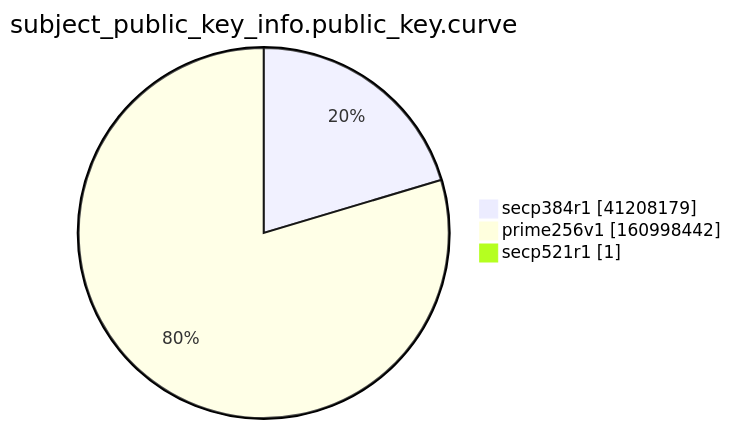
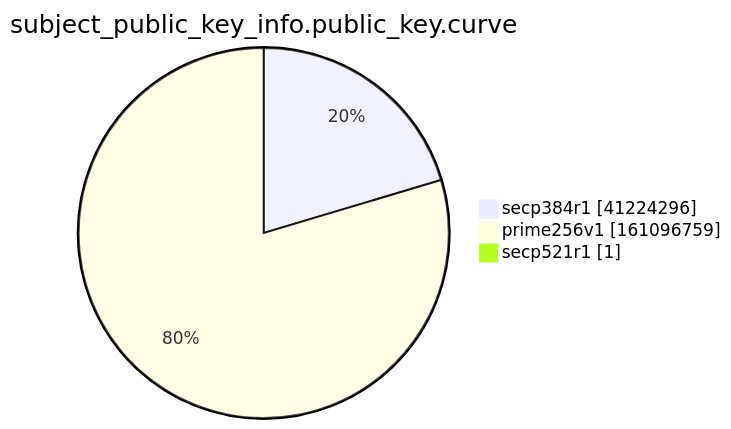
One commit to christiankrug/ctmonitor_visualization changed the ninth of 15 diagrams in xenon2022/README.md. Above: the diagram before and after it, drawn with Mermaid. The commit also changed other lines of this file, not shown here.

````diff
--- a/xenon2022/README.md
+++ b/xenon2022/README.md
@@ -2868,7 +2868,7 @@
 ```mermaid
 pie showData
 title subject_public_key_info.public_key.curve
-"secp384r1" :41208179
-"prime256v1" :160998442
+"secp384r1" :41224296
+"prime256v1" :161096759
 "secp521r1" :1
 ```
````
